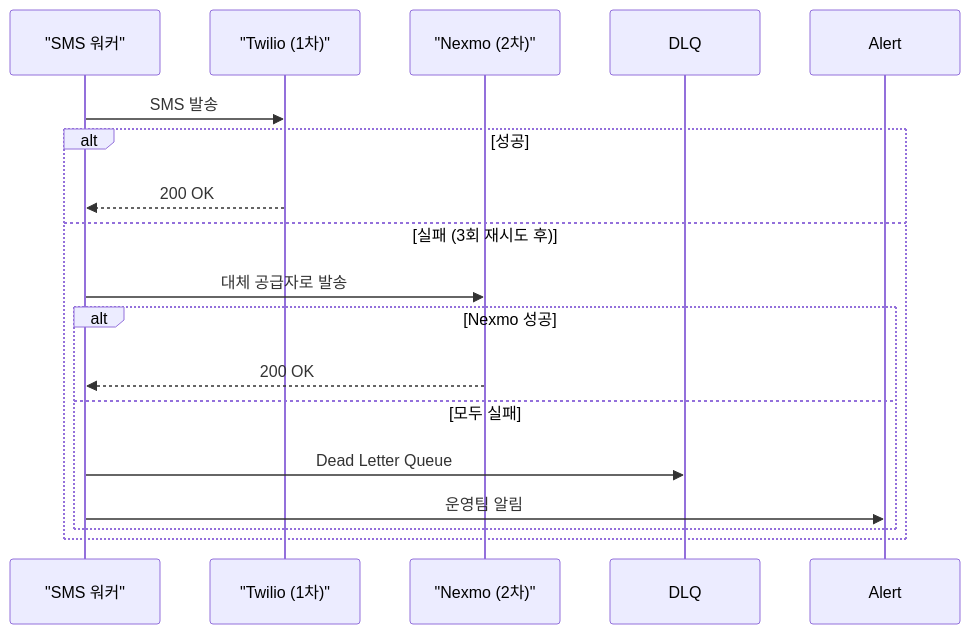
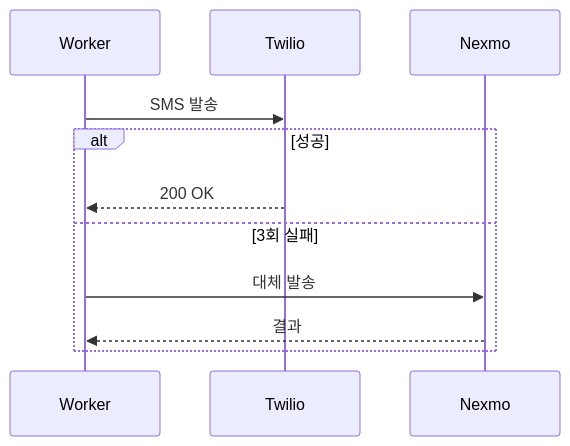
Before and after one commit to yjkim2015/yjkim2015.github.io: the third of 6 diagrams in _posts/systemdesign/2026-05-02-system-design-notification.md, drawn with Mermaid. The commit also changed other lines of this file and 215 other files, not shown here.

First line of the commit message:
신규 포스트 10개 추가 + Mermaid 전면 축소 + SystemDesign 시리즈 보강

````diff
--- a/_posts/systemdesign/2026-05-02-system-design-notification.md
+++ b/_posts/systemdesign/2026-05-02-system-design-notification.md
@@ -120,19 +93,13 @@
 ```mermaid
 sequenceDiagram
-    participant W as "SMS 워커"
-    participant T as "Twilio (1차)"
-    participant N as "Nexmo (2차)"
-
+    participant W as Worker
+    participant T as Twilio
+    participant N as Nexmo
     W->>T: SMS 발송
     alt 성공
         T-->>W: 200 OK
-    else 실패 (3회 재시도 후)
-        W->>N: 대체 공급자로 발송
-        alt Nexmo 성공
-            N-->>W: 200 OK
-        else 모두 실패
-            W->>DLQ: Dead Letter Queue
-            W->>Alert: 운영팀 알림
-        end
+    else 3회 실패
+        W->>N: 대체 발송
+        N-->>W: 결과
     end
 ```
````
